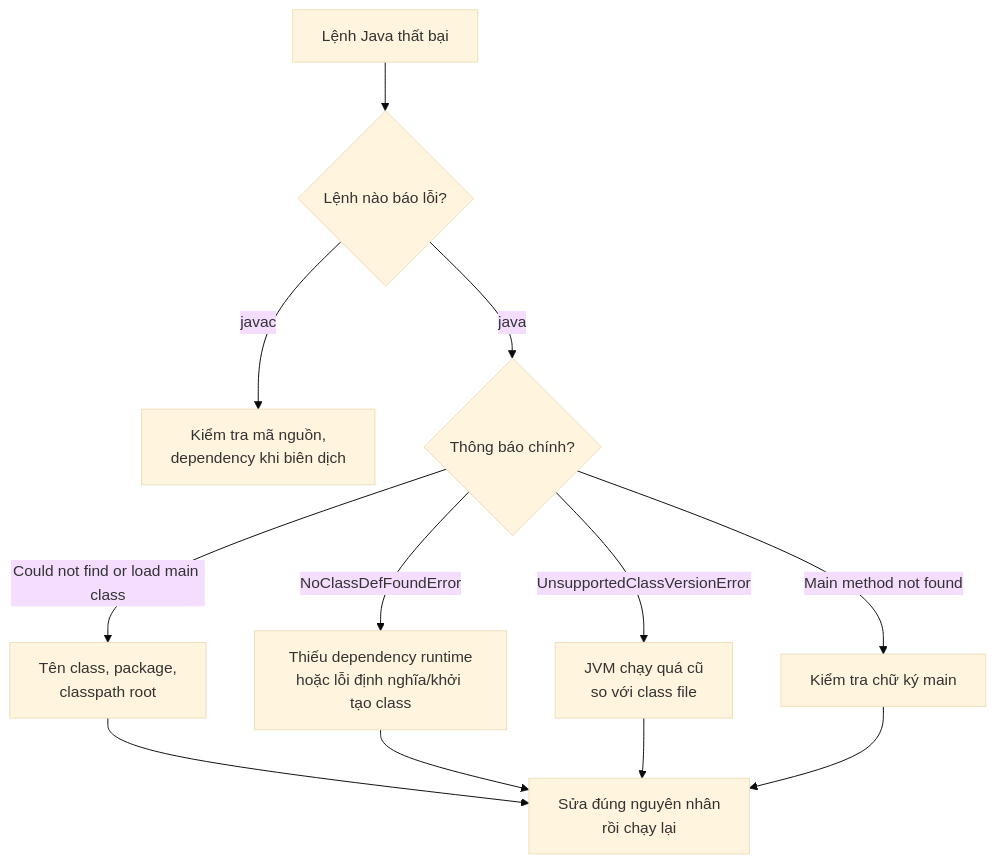
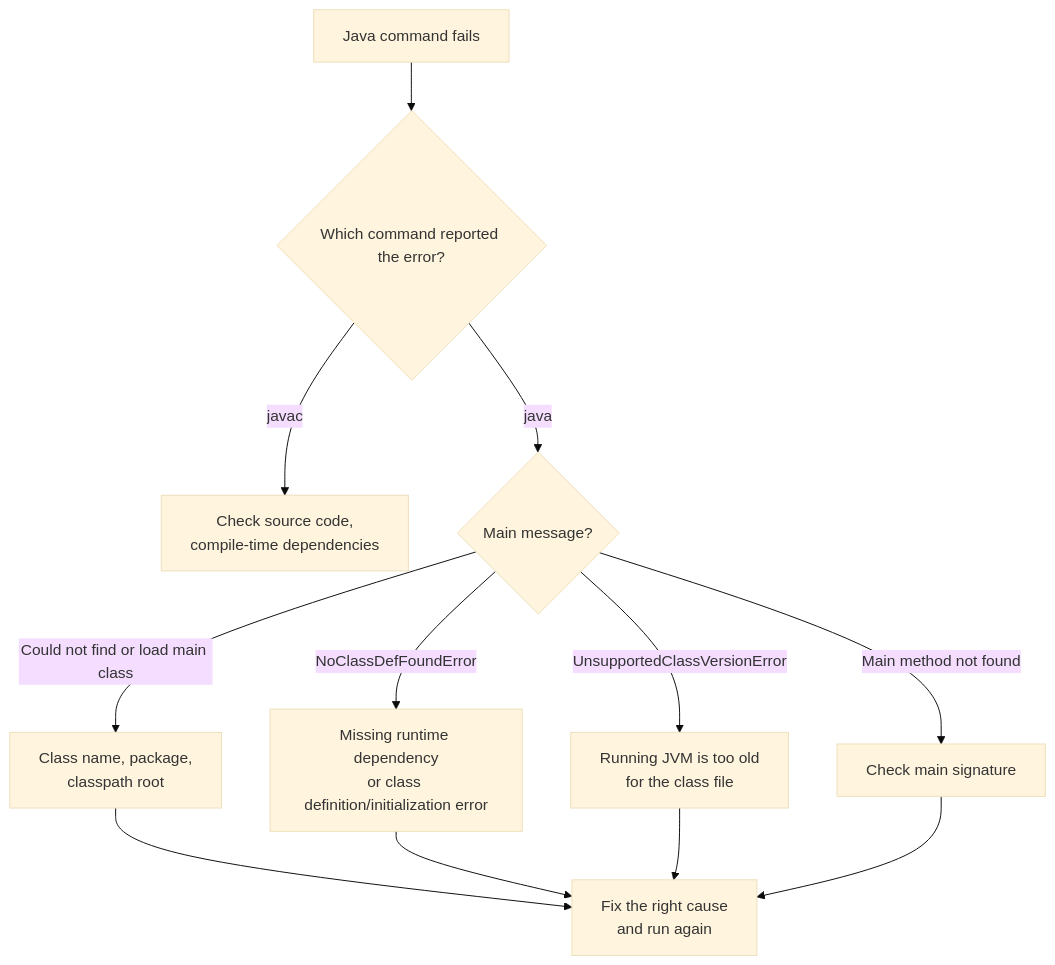
The diagram in module/platform/development/programming/language/java/core/language-basics/content/knowledge/en/2.tools-and-execution/tools-and-execution-008.md (phuongnguyenit93/learning-platform-data), drawn with Mermaid (base theme) before and after one commit. The commit also changed other lines of this file and 2307 other files, not shown here.

```diff
--- a/module/platform/development/programming/language/java/core/language-basics/content/knowledge/en/2.tools-and-execution/tools-and-execution-008.md
+++ b/module/platform/development/programming/language/java/core/language-basics/content/knowledge/en/2.tools-and-execution/tools-and-execution-008.md
@@ -12,14 +12,14 @@
 ~~~mermaid
 flowchart TD
-    START["Lệnh Java thất bại"] --> PHASE{"Lệnh nào báo lỗi?"}
-    PHASE -->|"javac"| BUILD["Kiểm tra mã nguồn,<br/>dependency khi biên dịch"]
-    PHASE -->|"java"| MSG{"Thông báo chính?"}
-    MSG -->|"Could not find or load main class"| NAME["Tên class, package,<br/>classpath root"]
-    MSG -->|"NoClassDefFoundError"| DEP["Thiếu dependency runtime<br/>hoặc lỗi định nghĩa/khởi tạo class"]
-    MSG -->|"UnsupportedClassVersionError"| VER["JVM chạy quá cũ<br/>so với class file"]
-    MSG -->|"Main method not found"| MAIN["Kiểm tra chữ ký main"]
-    NAME --> AGAIN["Sửa đúng nguyên nhân<br/>rồi chạy lại"]
+    START["Java command fails"] --> PHASE{"Which command reported the error?"}
+    PHASE -->|"javac"| BUILD["Check source code,<br/>compile-time dependencies"]
+    PHASE -->|"java"| MSG{"Main message?"}
+    MSG -->|"Could not find or load main class"| NAME["Class name, package,<br/>classpath root"]
+    MSG -->|"NoClassDefFoundError"| DEP["Missing runtime dependency<br/>or class definition/initialization error"]
+    MSG -->|"UnsupportedClassVersionError"| VER["Running JVM is too old<br/>for the class file"]
+    MSG -->|"Main method not found"| MAIN["Check main signature"]
+    NAME --> AGAIN["Fix the right cause<br/>and run again"]
     DEP --> AGAIN
     VER --> AGAIN
     MAIN --> AGAIN
 ~~~
```
